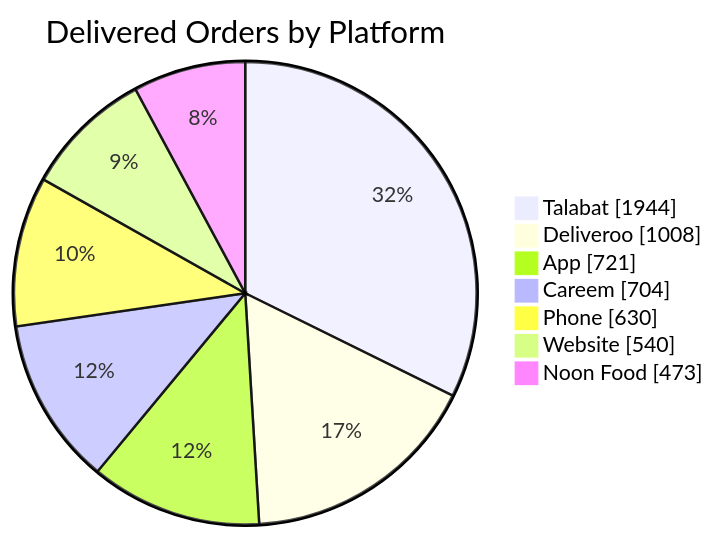
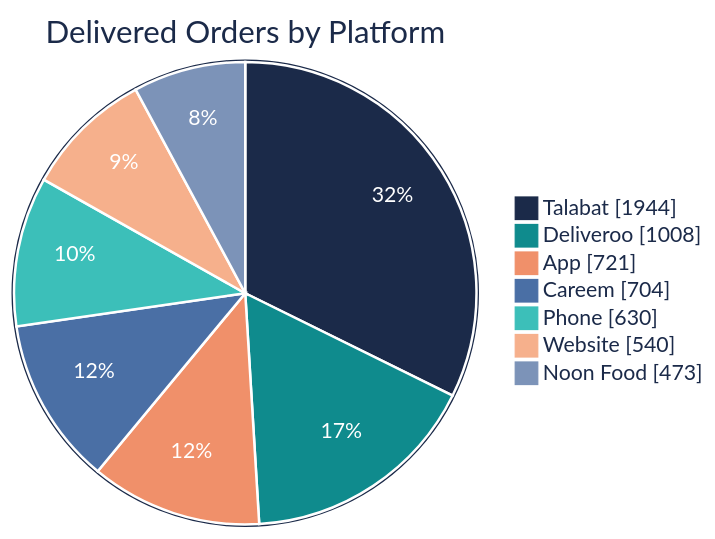
The fourth of 13 diagrams in README.md (rajeshwar2809-dotcom/order_items2026), drawn with Mermaid before and after one commit. The commit also changed other lines of this file, not shown here.

First line of the commit message:
Enhance README with revenue metrics and charts

````diff
--- a/README.md
+++ b/README.md
@@ -59,10 +65,11 @@
 ```mermaid
+%%{init: {"theme": "base", "themeVariables": {"background": "#FFF7F1", "pie1": "#1B2A49", "pie2": "#0F8B8D", "pie3": "#F0906A", "pie4": "#4A6FA5", "pie5": "#3CBFB9", "pie6": "#F6B08C", "pie7": "#7C93B8", "pieTitleTextColor": "#1B2A49", "pieSectionTextColor": "#FFFFFF", "pieLegendTextColor": "#1B2A49", "pieStrokeColor": "#FFFFFF", "pieOuterStrokeColor": "#1B2A49", "pieOpacity": "1"}}}%%
 pie showData title Delivered Orders by Platform
     "Talabat" : 1944.0
     "Deliveroo" : 1008.0
     "App" : 721.0
     "Careem" : 704.0
     "Phone" : 630.0
     "Website" : 540.0
     "Noon Food" : 473.0
 ```
````
